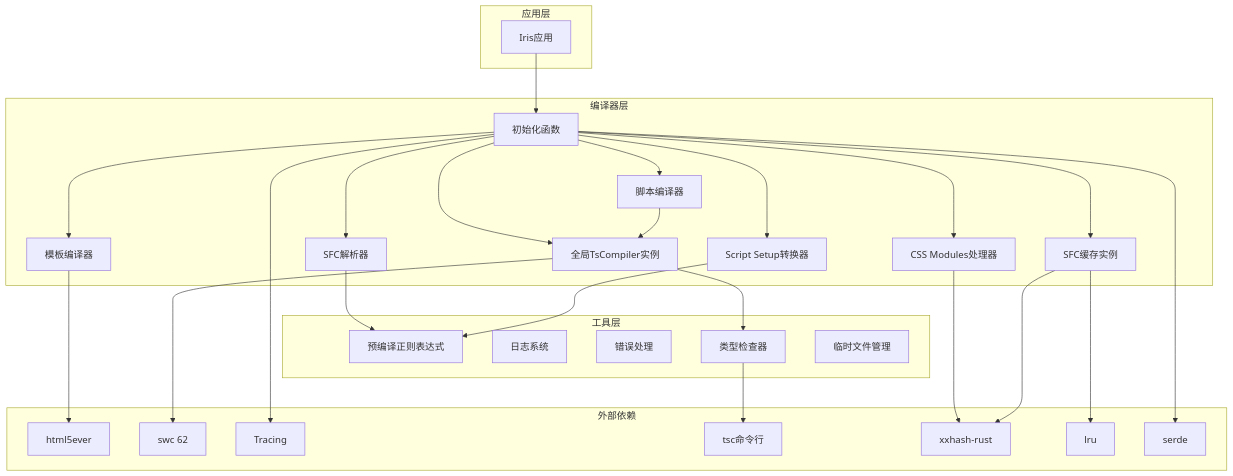
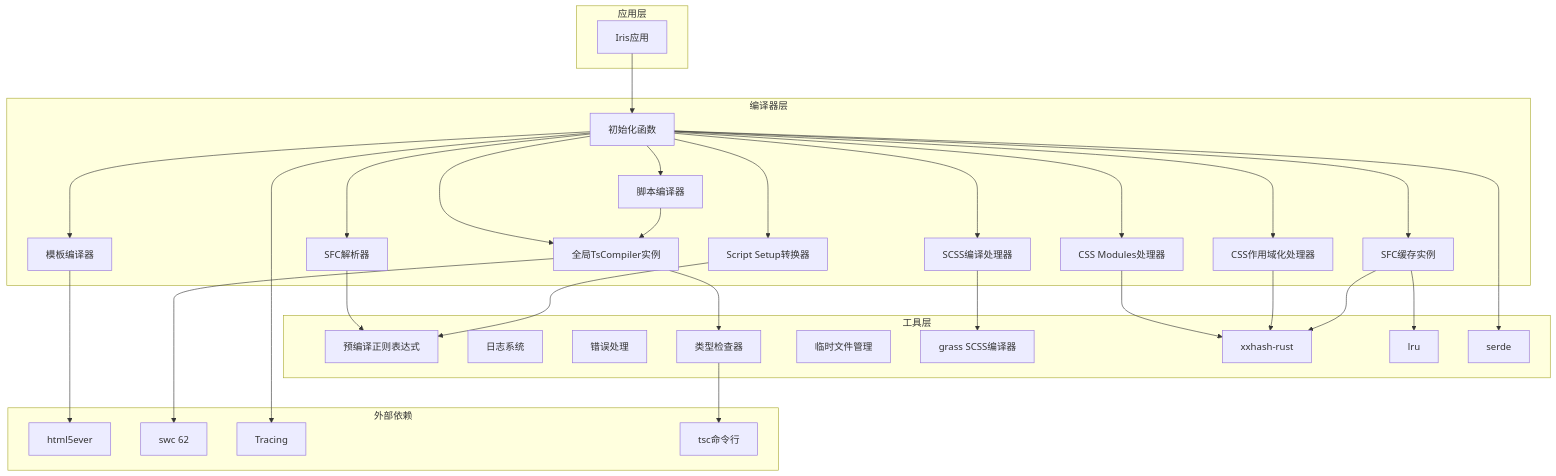
The third of 27 diagrams in .qoder/repowiki/zh/content/技术架构详解/即时转译系统/SFC编译器初始化机制/SFC编译器初始化机制.md (itszzl-sudo/iris), drawn with Mermaid before and after one commit. The commit also changed other lines of this file and 10 other files, not shown here.

````diff
--- a/.qoder/repowiki/zh/content/技术架构详解/即时转译系统/SFC编译器初始化机制/SFC编译器初始化机制.md
+++ b/.qoder/repowiki/zh/content/技术架构详解/即时转译系统/SFC编译器初始化机制/SFC编译器初始化机制.md
@@ -178,52 +199,60 @@
 ```mermaid
 graph TB
 subgraph "应用层"
 App[Iris应用]
 end
 subgraph "编译器层"
 Init[初始化函数]
 Parser[SFC解析器]
 Template[模板编译器]
 Script[脚本编译器]
 GlobalTsCompiler[全局TsCompiler实例]
 CssModules[CSS Modules处理器]
+ScopedCss[CSS作用域化处理器]
+ScssProcessor[SCSS编译处理器]
 Cache[SFC缓存实例]
 ScriptSetup[Script Setup转换器]
 end
 subgraph "工具层"
 Regex[预编译正则表达式]
 Logger[日志系统]
 Error[错误处理]
 TypeChecker[类型检查器]
 TempFiles[临时文件管理]
+Grass[grass SCSS编译器]
+Xxhash[xxhash-rust]
+Lru[lru]
+Endecode[serde]
 end
 subgraph "外部依赖"
 Html5ever[html5ever]
 Swc[swc 62]
 Tracing[Tracing]
 Tsc[tsc命令行]
-Xxhash[xxhash-rust]
-Lru[lru]
 Endecode[serde]
 end
 App --> Init
 Init --> Parser
 Init --> Template
 Init --> Script
 Init --> GlobalTsCompiler
 Init --> CssModules
+Init --> ScopedCss
+Init --> ScssProcessor
 Init --> Cache
 Init --> ScriptSetup
 Parser --> Regex
 Template --> Html5ever
 Script --> GlobalTsCompiler
 GlobalTsCompiler --> Swc
 GlobalTsCompiler --> TypeChecker
 TypeChecker --> Tsc
 CssModules --> Xxhash
+ScopedCss --> Xxhash
+ScssProcessor --> Grass
 Cache --> Lru
 Cache --> Xxhash
 ScriptSetup --> Regex
 Init --> Tracing
 Init --> Endecode
 ```
````
